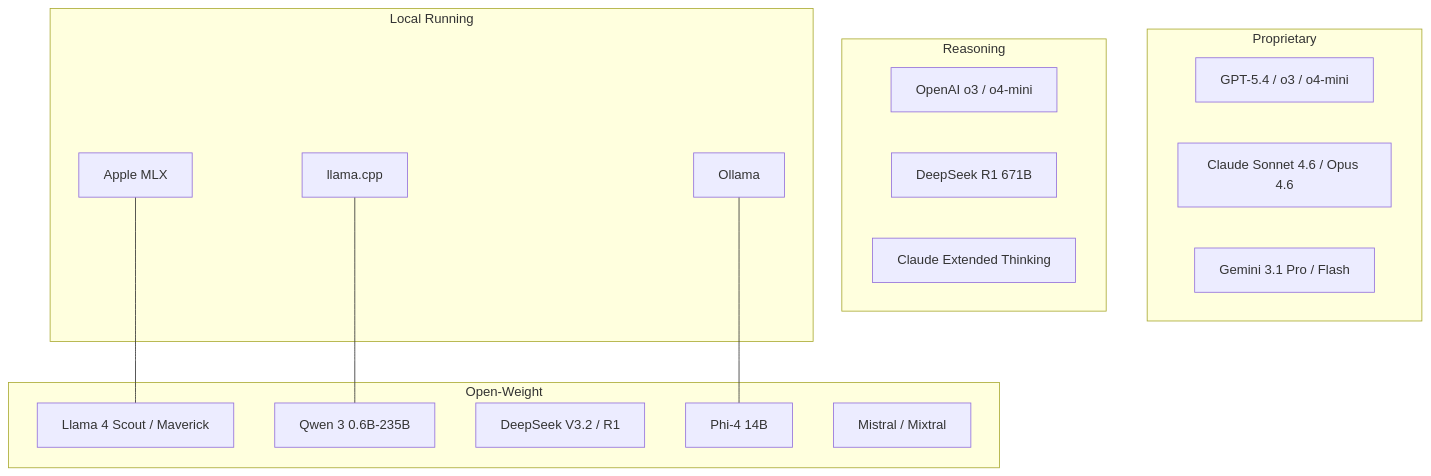
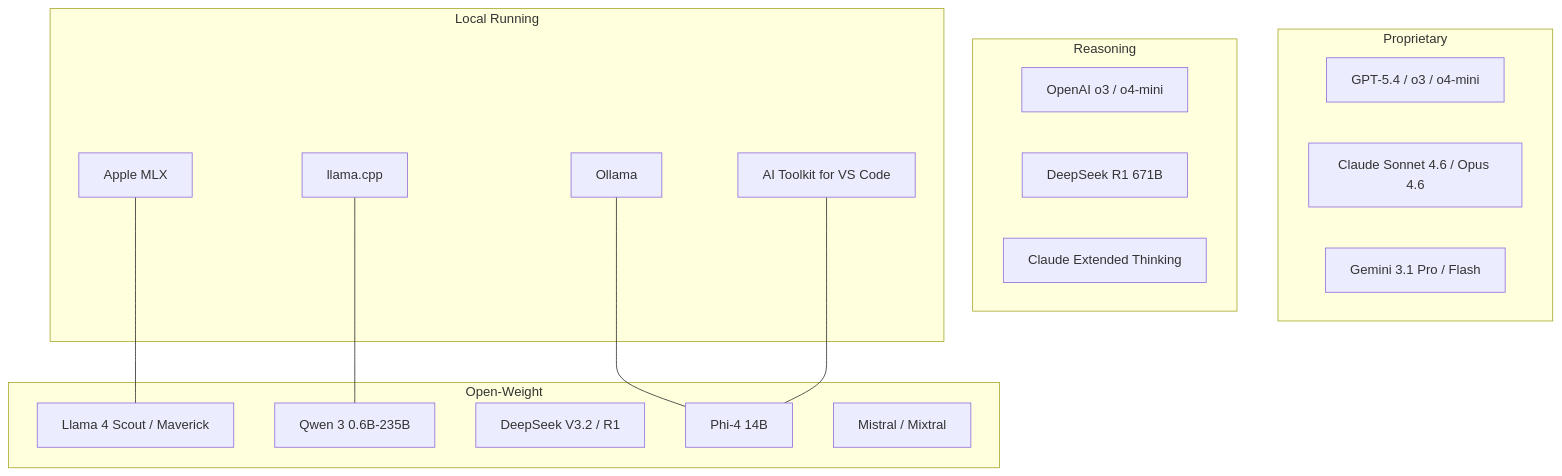
One commit to zai-collab/zero-to-ai changed the fifth of 21 diagrams in VISUAL_ROADMAP.md. Above: the diagram before and after it, drawn with Mermaid. The commit also changed other lines of this file and 27 other files, not shown here.

````diff
--- a/VISUAL_ROADMAP.md
+++ b/VISUAL_ROADMAP.md
@@ -191,31 +198,33 @@
 ```{mermaid}
 flowchart TD
     subgraph Proprietary
         GPT[GPT-5.4 / o3 / o4-mini]
         CLAUDE[Claude Sonnet 4.6 / Opus 4.6]
         GEMINI[Gemini 3.1 Pro / Flash]
     end
 
     subgraph Open-Weight
         LLAMA[Llama 4 Scout / Maverick]
         QWEN[Qwen 3 0.6B-235B]
         DS[DeepSeek V3.2 / R1]
         PHI[Phi-4 14B]
         MISTRAL[Mistral / Mixtral]
     end
 
     subgraph Reasoning
         O3[OpenAI o3 / o4-mini]
         R1[DeepSeek R1 671B]
         CT[Claude Extended Thinking]
     end
 
     subgraph Local Running
         OLLAMA[Ollama]
         LLAMACPP[llama.cpp]
         MLX[Apple MLX]
+        AITK[AI Toolkit for VS Code]
         OLLAMA --- PHI
         LLAMACPP --- QWEN
         MLX --- LLAMA
+        AITK --- PHI
     end
 ```
````
